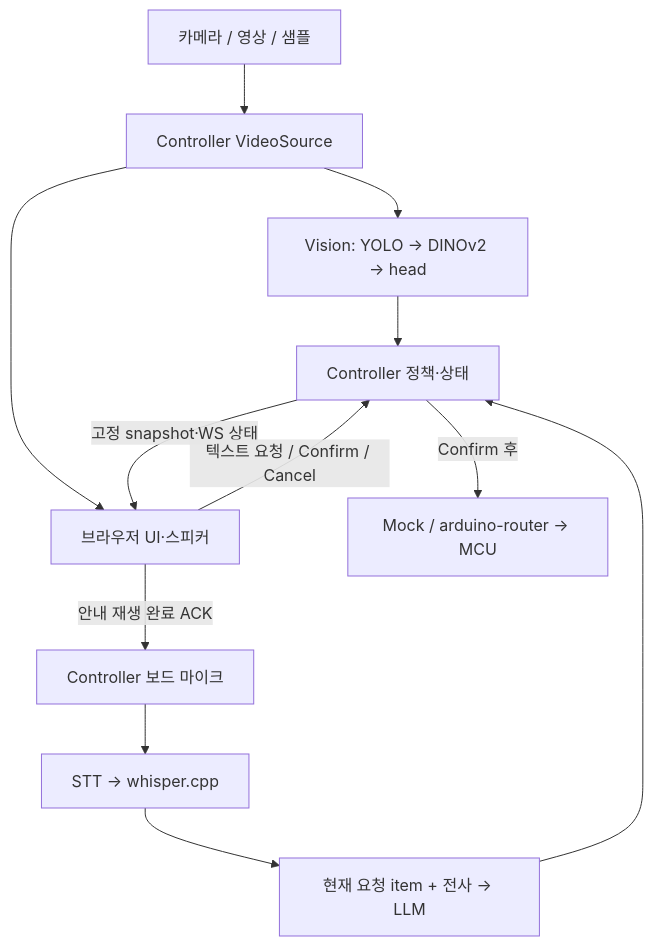
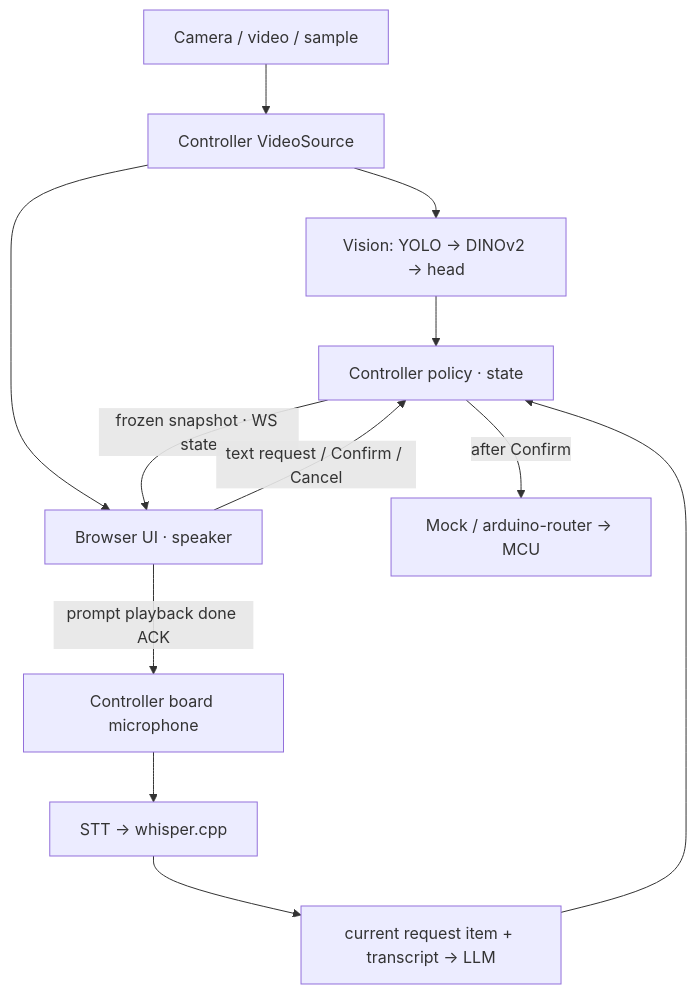
One commit to 1Park/hows-everything-so-far changed the diagram in docs/ARCHITECTURE.md. Above: the diagram before and after it, drawn with Mermaid. The commit also changed other lines of this file and 86 other files, not shown here.

````diff
--- a/docs/ARCHITECTURE.md
+++ b/docs/ARCHITECTURE.md
@@ -5,14 +5,14 @@
 ```mermaid
 flowchart TD
-  Camera[카메라 / 영상 / 샘플] --> Media[Controller VideoSource]
+  Camera[Camera / video / sample] --> Media[Controller VideoSource]
   Media --> Vision[Vision: YOLO → DINOv2 → head]
-  Vision --> Controller[Controller 정책·상태]
-  Media --> UI[브라우저 UI·스피커]
-  Controller -->|고정 snapshot·WS 상태| UI
-  UI -->|안내 재생 완료 ACK| Mic[Controller 보드 마이크]
+  Vision --> Controller[Controller policy · state]
+  Media --> UI[Browser UI · speaker]
+  Controller -->|frozen snapshot · WS state| UI
+  UI -->|prompt playback done ACK| Mic[Controller board microphone]
   Mic --> STT[STT → whisper.cpp]
-  STT --> LLM[현재 요청 item + 전사 → LLM]
+  STT --> LLM[current request item + transcript → LLM]
   LLM --> Controller
-  UI -->|텍스트 요청 / Confirm / Cancel| Controller
-  Controller -->|Confirm 후| Hardware[Mock / arduino-router → MCU]
+  UI -->|text request / Confirm / Cancel| Controller
+  Controller -->|after Confirm| Hardware[Mock / arduino-router → MCU]
 ```
````
